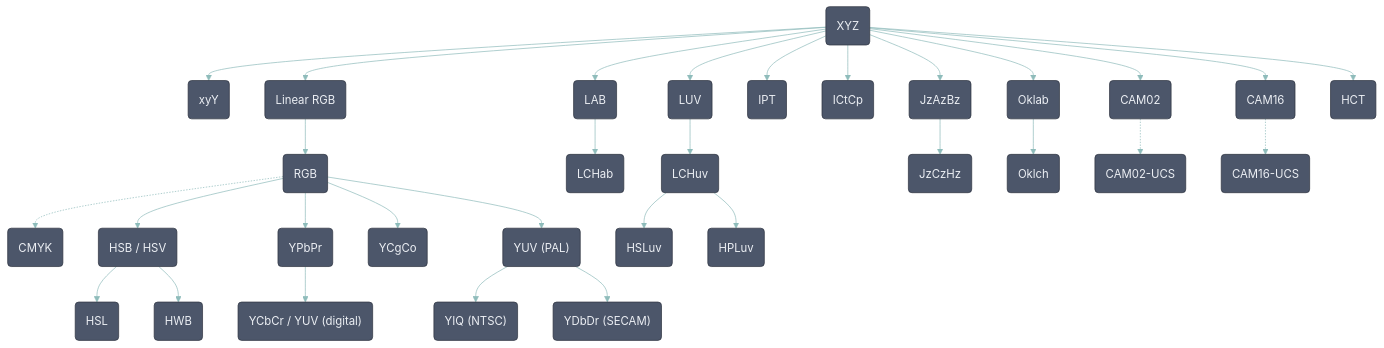
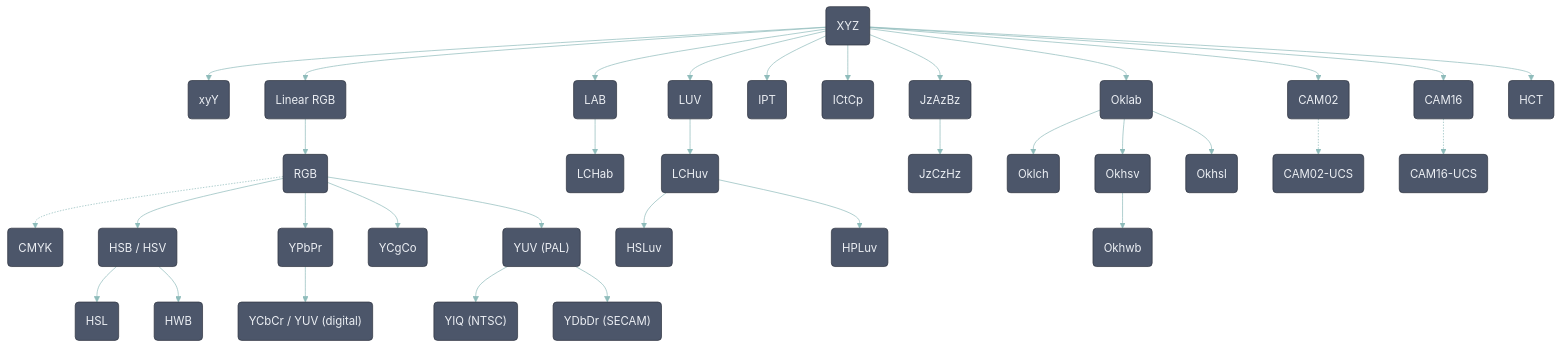
Before and after one commit to waacton/Unicolour: the diagram in README.md, drawn with Mermaid. The commit also changed other lines of this file and 48 other files, not shown here.

Commit message:
Add Okhsv & Okhsl support

```diff
--- a/README.md
+++ b/README.md
@@ -214,16 +218,20 @@
   JZCZHZ(JzCzHz)
   OKLAB(Oklab)
   OKLCH(Oklch)
+  OKHSV(Okhsv)
+  OKHSL(Okhsl)
+  OKHWB(Okhwb)
   CAM02(CAM02)
   CAM02UCS(CAM02-UCS)
   CAM16(CAM16)
   CAM16UCS(CAM16-UCS)
   HCT(HCT)
 
+  RGB -.-> CMYK
+  
   XYZ --> XYY
   XYZ --> RGBLIN
   RGBLIN --> RGB
-  RGB -.-> CMYK
   RGB --> HSB
   HSB --> HSL
   HSB --> HWB
@@ -245,6 +253,9 @@
   JZAZBZ --> JZCZHZ
   XYZ --> OKLAB
   OKLAB --> OKLCH
+  OKLAB --> OKHSV
+  OKLAB --> OKHSL
+  OKHSV --> OKHWB
   XYZ --> CAM02
   CAM02 -.-> CAM02UCS
   XYZ --> CAM16
```
